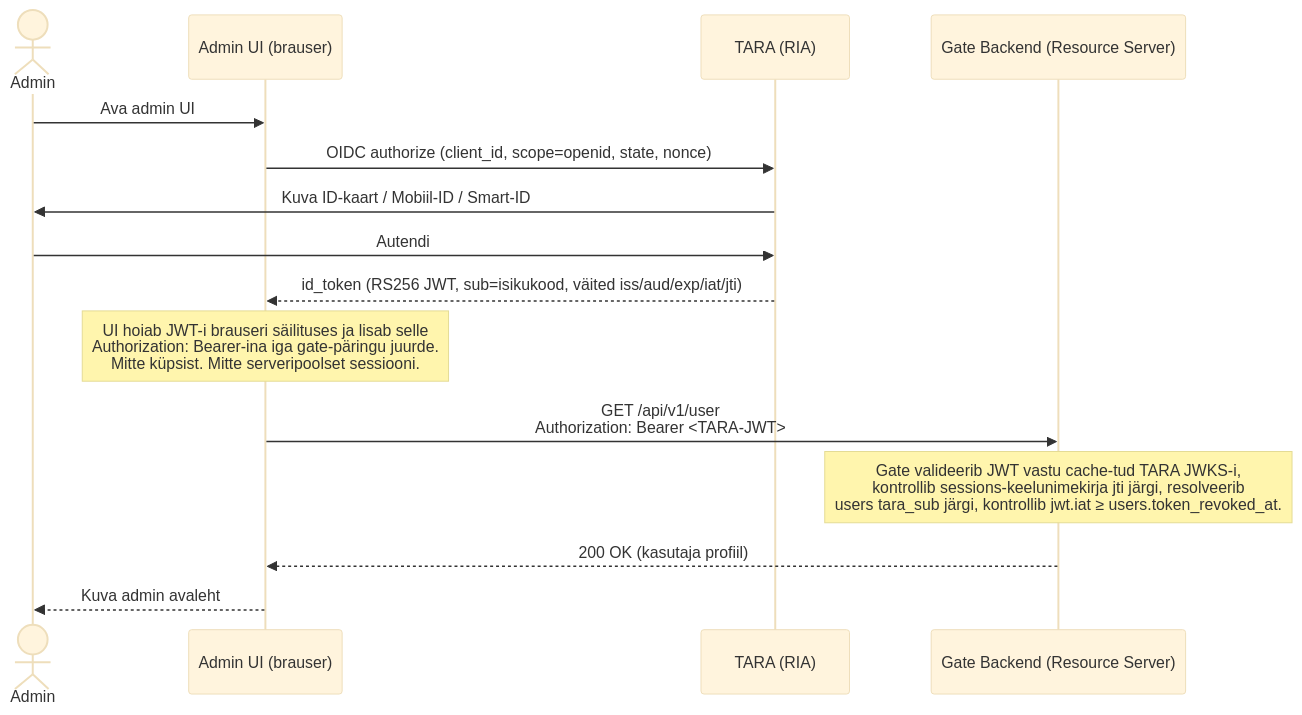
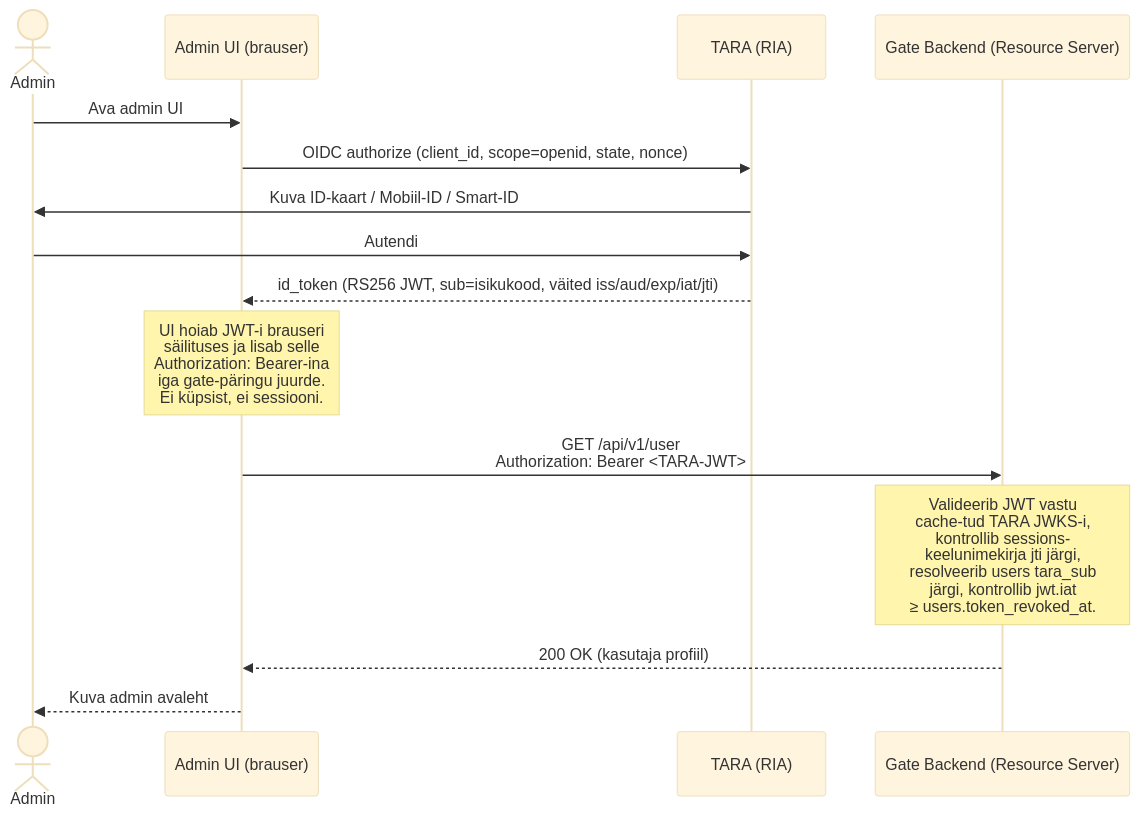
The first of 10 diagrams in docs/efti_full_epics_et.md (kemit-ee/efti-gate-ee), drawn with Mermaid (base theme) before and after one commit. The commit also changed 4 other files, not shown here.

First line of the commit message:
docs(diagrams): tighten note lines in embedded markdown mermaid (≤ 25 chars)

````diff
--- a/docs/efti_full_epics_et.md
+++ b/docs/efti_full_epics_et.md
@@ -232,20 +232,20 @@
 ```mermaid
 sequenceDiagram
     actor Admin
     participant UI as Admin UI (brauser)
     participant TARA as TARA (RIA)
     participant Gate as Gate Backend (Resource Server)
 
     Admin->>UI: Ava admin UI
     UI->>TARA: OIDC authorize (client_id, scope=openid, state, nonce)
     TARA->>Admin: Kuva ID-kaart / Mobiil-ID / Smart-ID
     Admin->>TARA: Autendi
     TARA-->>UI: id_token (RS256 JWT, sub=isikukood, väited iss/aud/exp/iat/jti)
 
-    Note over UI: UI hoiab JWT-i brauseri säilituses ja lisab selle<br/>Authorization: Bearer-ina iga gate-päringu juurde.<br/>Mitte küpsist. Mitte serveripoolset sessiooni.
+    Note over UI: UI hoiab JWT-i brauseri<br/>säilituses ja lisab selle<br/>Authorization: Bearer-ina<br/>iga gate-päringu juurde.<br/>Ei küpsist, ei sessiooni.
 
     UI->>Gate: GET /api/v1/user<br/>Authorization: Bearer <TARA-JWT>
-    Note over Gate: Gate valideerib JWT vastu cache-tud TARA JWKS-i,<br/>kontrollib sessions-keelunimekirja jti järgi, resolveerib<br/>users tara_sub järgi, kontrollib jwt.iat ≥ users.token_revoked_at.
+    Note over Gate: Valideerib JWT vastu<br/>cache-tud TARA JWKS-i,<br/>kontrollib sessions-<br/>keelunimekirja jti järgi,<br/>resolveerib users tara_sub<br/>järgi, kontrollib jwt.iat<br/>≥ users.token_revoked_at.
     Gate-->>UI: 200 OK (kasutaja profiil)
     UI-->>Admin: Kuva admin avaleht
 ```
````
